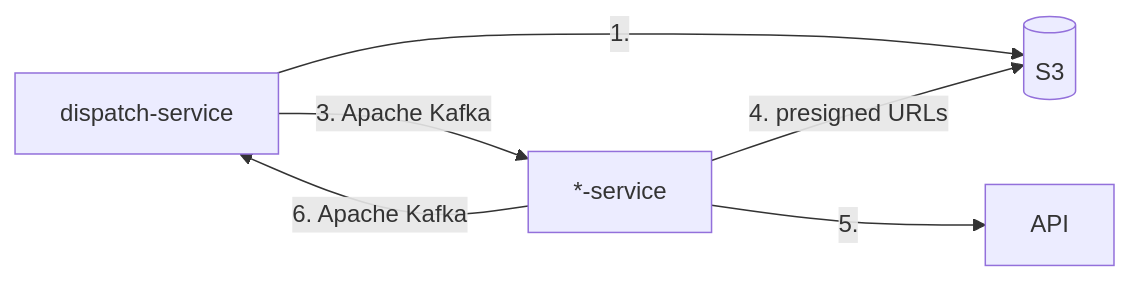
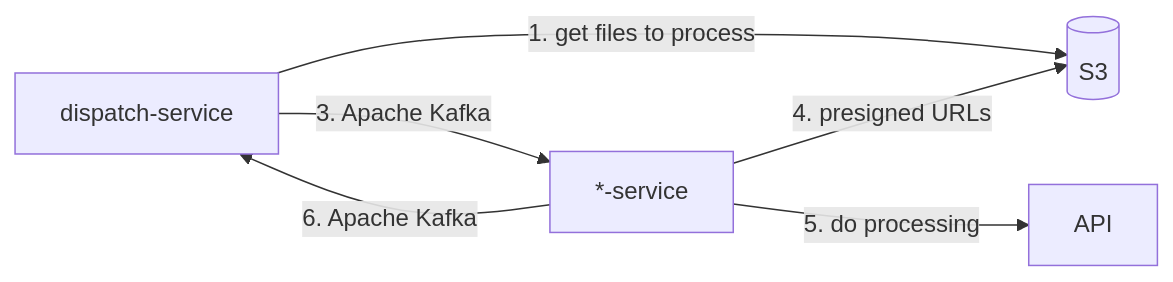
The third of 3 diagrams in README.md (it-at-m/swim), drawn with Mermaid before and after one commit. The commit also changed other lines of this file, not shown here.

Commit message:
docs: README implement feedback

````diff
--- a/README.md
+++ b/README.md
@@ -62,7 +63,7 @@
 ```mermaid
 flowchart LR
-    dispatch[dispatch-service] -->|1.| s3[(S3)]
-    dispatch -->|3. Apache Kafka| service[*-service] -->|5.| API
+    dispatch[dispatch-service] -->|1. get files to process| s3[(S3)]
+    dispatch -->|3. Apache Kafka| service[*-service] -->|5. do processing| API
     service -->|4. presigned URLs| s3
     service -->|6. Apache Kafka| dispatch
 ```
````
